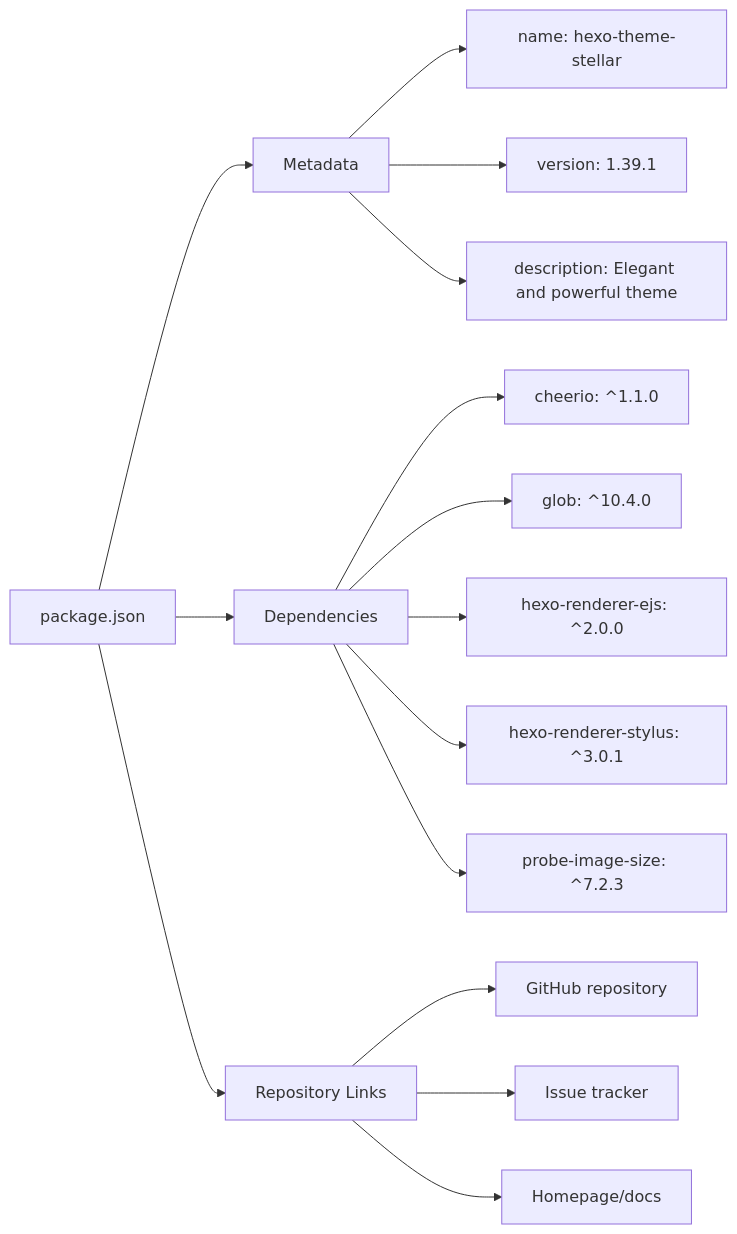
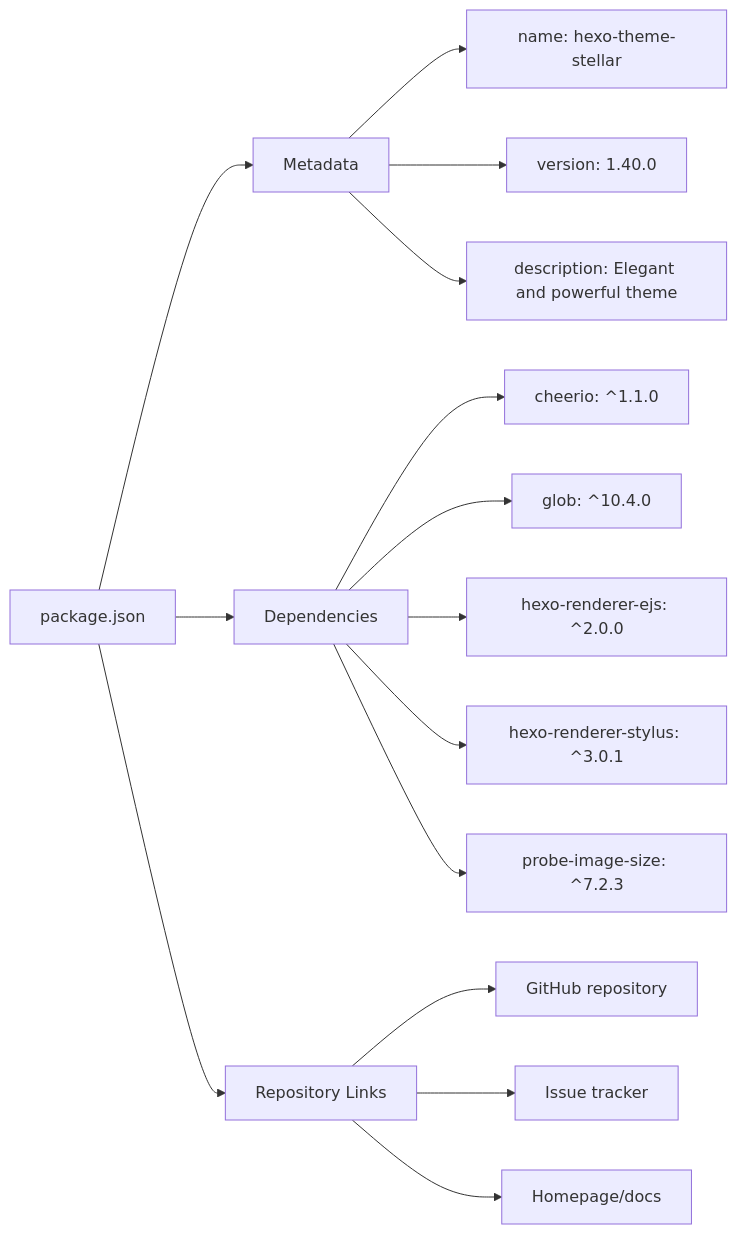
The second of 5 diagrams in themes/stellar/docs/knowledge/00-总览与安装配置/installation.md (penndu/hexo), drawn with Mermaid before and after one commit. The commit also changed other lines of this file and 75 other files, not shown here.

````diff
--- a/themes/stellar/docs/knowledge/00-总览与安装配置/installation.md
+++ b/themes/stellar/docs/knowledge/00-总览与安装配置/installation.md
@@ -124,25 +124,25 @@
 ```mermaid
 graph LR
     PKG["package.json"]
     META["Metadata"]
     DEPS["Dependencies"]
     REPO["Repository Links"]
     
     PKG --> META
     PKG --> DEPS
     PKG --> REPO
     
     META --> NAME["name: hexo-theme-stellar"]
-    META --> VER["version: 1.39.1"]
+    META --> VER["version: 1.40.0"]
     META --> DESC["description: Elegant and powerful theme"]
     
     DEPS --> CHEERIO["cheerio: ^1.1.0"]
     DEPS --> GLOB["glob: ^10.4.0"]
     DEPS --> EJS["hexo-renderer-ejs: ^2.0.0"]
     DEPS --> STYLUS["hexo-renderer-stylus: ^3.0.1"]
     DEPS --> PROBE["probe-image-size: ^7.2.3"]
     
     REPO --> GIT["GitHub repository"]
     REPO --> ISSUES["Issue tracker"]
     REPO --> HOME["Homepage/docs"]
 ```
````
